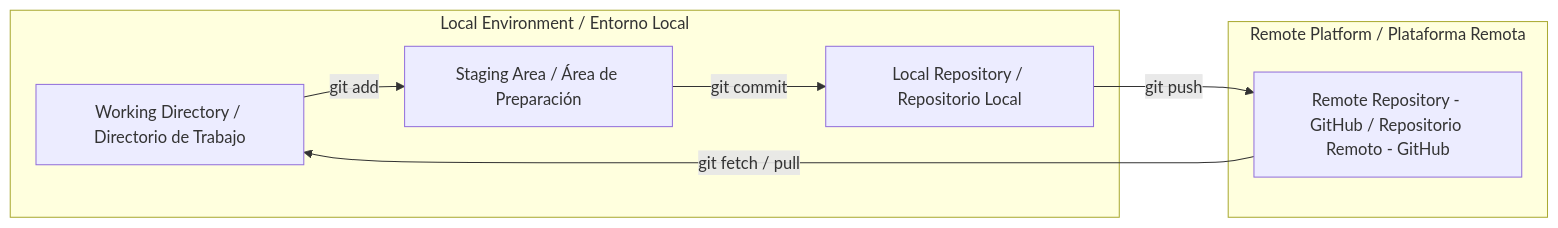
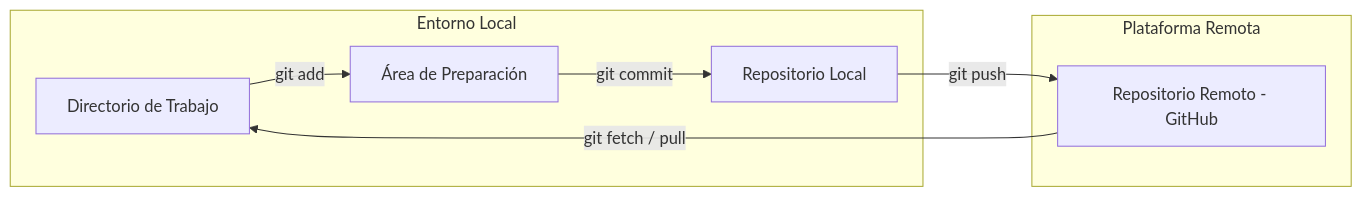
One commit to alanfabzlab/Developer-Knowledge-Base changed the diagram in 🚀 Git & GitHub/README-ES.md. Above: the diagram before and after it, drawn with Mermaid. The commit also changed other lines of this file and 9 other files, not shown here.

````diff
--- a/🚀 Git & GitHub/README-ES.md
+++ b/🚀 Git & GitHub/README-ES.md
@@ -28,11 +21,11 @@
 ```mermaid
 flowchart LR
-    subgraph Local Environment / Entorno Local
-        WD[Working Directory / Directorio de Trabajo] -->|git add| SA[Staging Area / Área de Preparación]
-        SA -->|git commit| LR[Local Repository / Repositorio Local]
+    subgraph Entorno Local
+        WD[Directorio de Trabajo] -->|git add| SA[Área de Preparación]
+        SA -->|git commit| LR[Repositorio Local]
     end
-    subgraph Remote Platform / Plataforma Remota
-        LR -->|git push| RR[Remote Repository - GitHub / Repositorio Remoto - GitHub]
+    subgraph Plataforma Remota
+        LR -->|git push| RR[Repositorio Remoto - GitHub]
         RR -->|git fetch / pull| WD
     end
 ```
````
